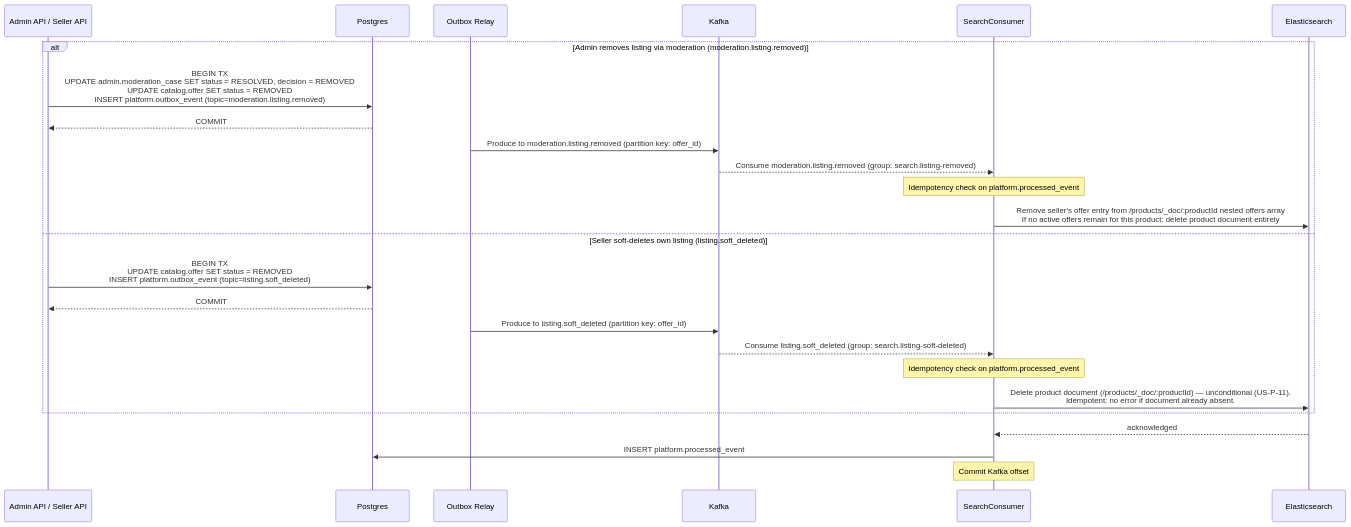
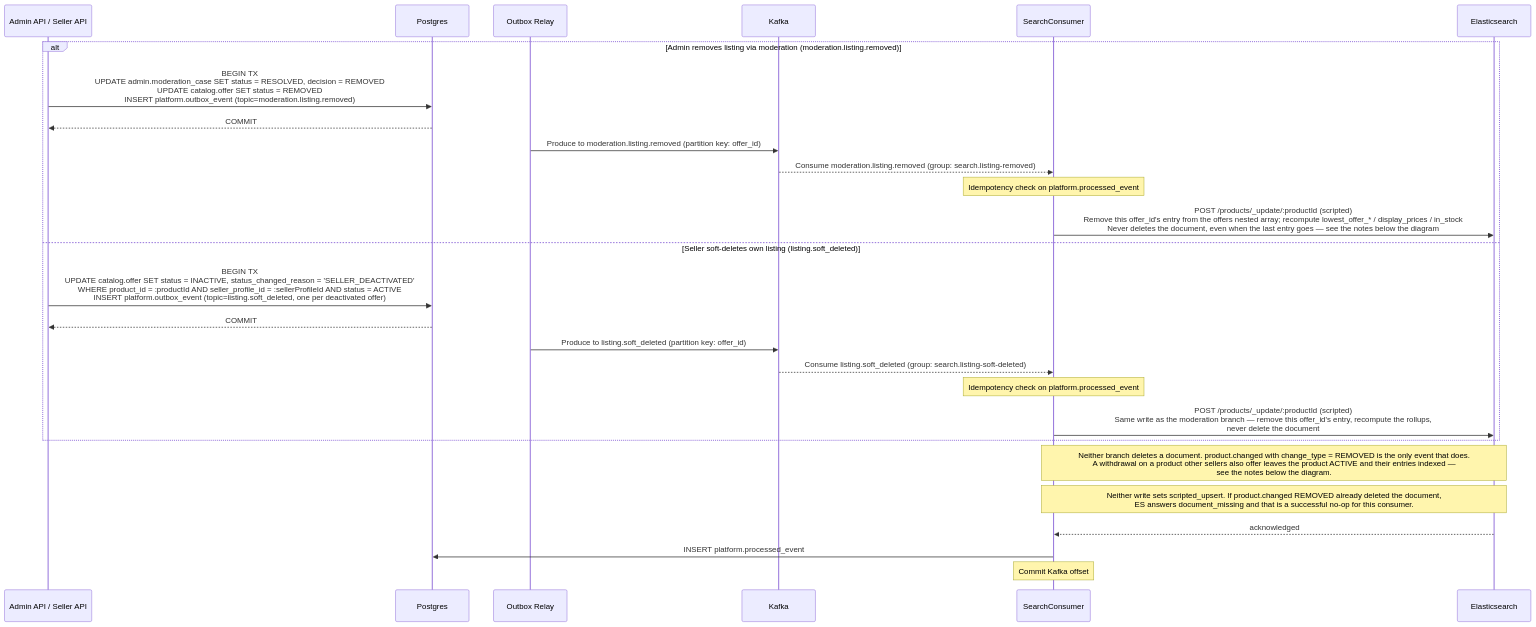
Before and after one commit to alisa-uthi/aliceut-ecom-document: the seventh of 8 diagrams in phase-1/technical-design/api-design/search.md, drawn with Mermaid. The commit also changed other lines of this file and 73 other files, not shown here.

````diff
--- a/phase-1/technical-design/api-design/search.md
+++ b/phase-1/technical-design/api-design/search.md
@@ -297,28 +476,30 @@
 ```mermaid
 sequenceDiagram
     participant Source as Admin API / Seller API
     participant Postgres
     participant Relay as Outbox Relay
     participant Kafka
     participant Consumer as SearchConsumer
     participant ES as Elasticsearch
 
     alt Admin removes listing via moderation (moderation.listing.removed)
         Source->>Postgres: BEGIN TX<br/>UPDATE admin.moderation_case SET status = RESOLVED, decision = REMOVED<br/>UPDATE catalog.offer SET status = REMOVED<br/>INSERT platform.outbox_event (topic=moderation.listing.removed)
         Postgres-->>Source: COMMIT
         Relay->>Kafka: Produce to moderation.listing.removed (partition key: offer_id)
         Kafka-->>Consumer: Consume moderation.listing.removed (group: search.listing-removed)
         Note over Consumer: Idempotency check on platform.processed_event
-        Consumer->>ES: Remove seller's offer entry from /products/_doc/:productId nested offers array<br/>If no active offers remain for this product: delete product document entirely
+        Consumer->>ES: POST /products/_update/:productId (scripted)<br/>Remove this offer_id's entry from the offers nested array#59; recompute lowest_offer_* / display_prices / in_stock<br/>Never deletes the document, even when the last entry goes — see the notes below the diagram
     else Seller soft-deletes own listing (listing.soft_deleted)
-        Source->>Postgres: BEGIN TX<br/>UPDATE catalog.offer SET status = REMOVED<br/>INSERT platform.outbox_event (topic=listing.soft_deleted)
+        Source->>Postgres: BEGIN TX<br/>UPDATE catalog.offer SET status = INACTIVE, status_changed_reason = 'SELLER_DEACTIVATED'<br/>  WHERE product_id = :productId AND seller_profile_id = :sellerProfileId AND status = ACTIVE<br/>INSERT platform.outbox_event (topic=listing.soft_deleted, one per deactivated offer)
         Postgres-->>Source: COMMIT
         Relay->>Kafka: Produce to listing.soft_deleted (partition key: offer_id)
         Kafka-->>Consumer: Consume listing.soft_deleted (group: search.listing-soft-deleted)
         Note over Consumer: Idempotency check on platform.processed_event
-        Consumer->>ES: Delete product document (/products/_doc/:productId) — unconditional (US-P-11).<br/>Idempotent: no error if document already absent.
+        Consumer->>ES: POST /products/_update/:productId (scripted)<br/>Same write as the moderation branch — remove this offer_id's entry, recompute the rollups,<br/>never delete the document
     end
+    Note over Consumer,ES: Neither branch deletes a document. product.changed with change_type = REMOVED is the only event that does.<br/>A withdrawal on a product other sellers also offer leaves the product ACTIVE and their entries indexed —<br/>see the notes below the diagram.
+    Note over Consumer,ES: Neither write sets scripted_upsert. If product.changed REMOVED already deleted the document,<br/>ES answers document_missing and that is a successful no-op for this consumer.
     ES-->>Consumer: acknowledged
     Consumer->>Postgres: INSERT platform.processed_event
     Note over Consumer: Commit Kafka offset
 ```
````
